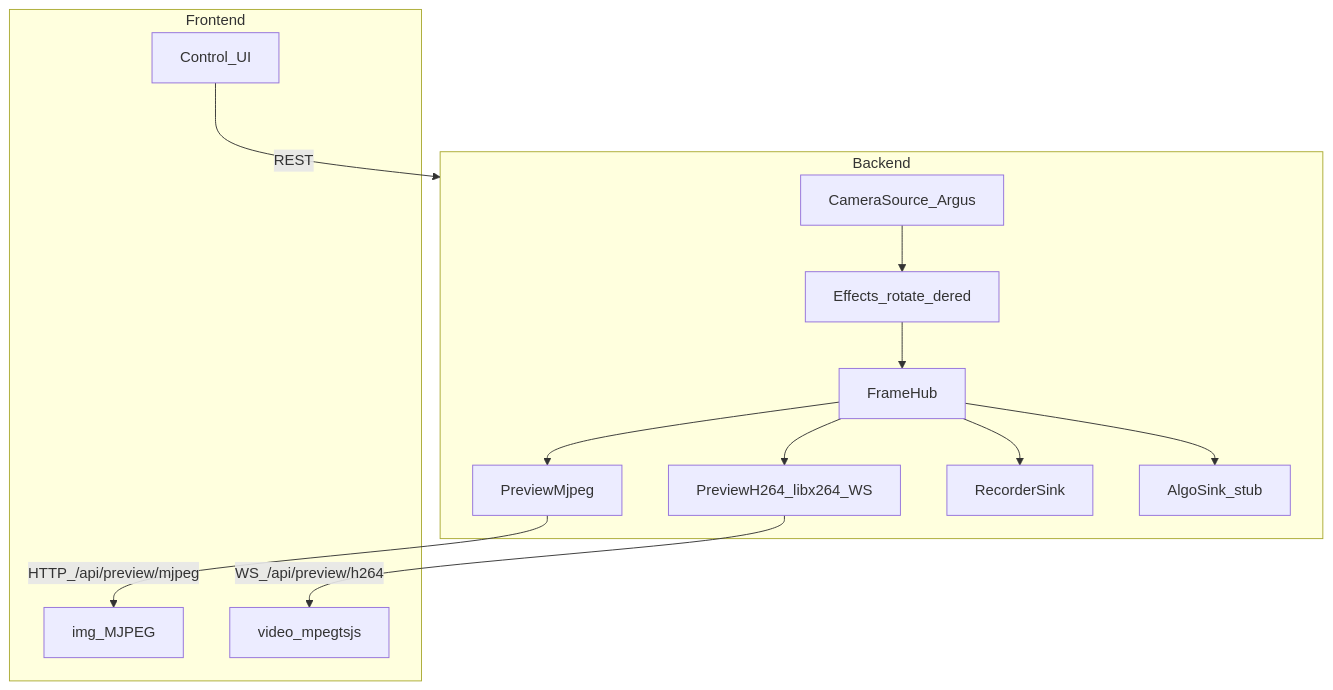
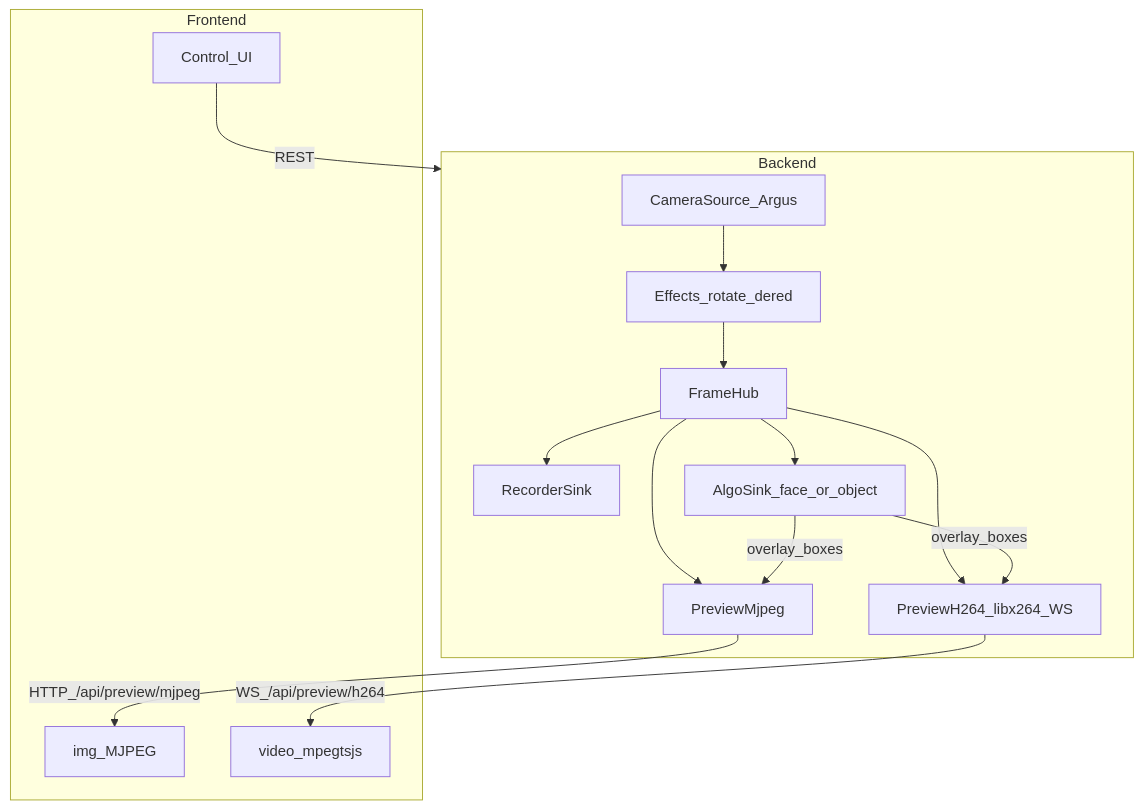
The diagram in doc/架构设计.md (lvxiaohai99/jetson_mix219), drawn with Mermaid before and after one commit. The commit also changed other lines of this file and 19 other files, not shown here.

First line of the commit message:
Add configurable AlgoSink object detection and tidy ops docs.

````diff
--- a/doc/架构设计.md
+++ b/doc/架构设计.md
@@ -29,21 +34,23 @@
 ```mermaid
 flowchart TB
   subgraph backend [Backend]
     Src[CameraSource_Argus]
     Eff[Effects_rotate_dered]
     Hub[FrameHub]
     Src --> Eff --> Hub
     Hub --> MJPEG[PreviewMjpeg]
     Hub --> H264[PreviewH264_libx264_WS]
     Hub --> Rec[RecorderSink]
-    Hub --> Algo[AlgoSink_stub]
+    Hub --> Algo[AlgoSink_face_or_object]
+    Algo -->|overlay_boxes| MJPEG
+    Algo -->|overlay_boxes| H264
   end
   subgraph frontend [Frontend]
     UI[Control_UI]
     PlayerM[img_MJPEG]
     PlayerH[video_mpegtsjs]
   end
   UI -->|REST| backend
   MJPEG -->|HTTP_/api/preview/mjpeg| PlayerM
   H264 -->|WS_/api/preview/h264| PlayerH
 ```
````
